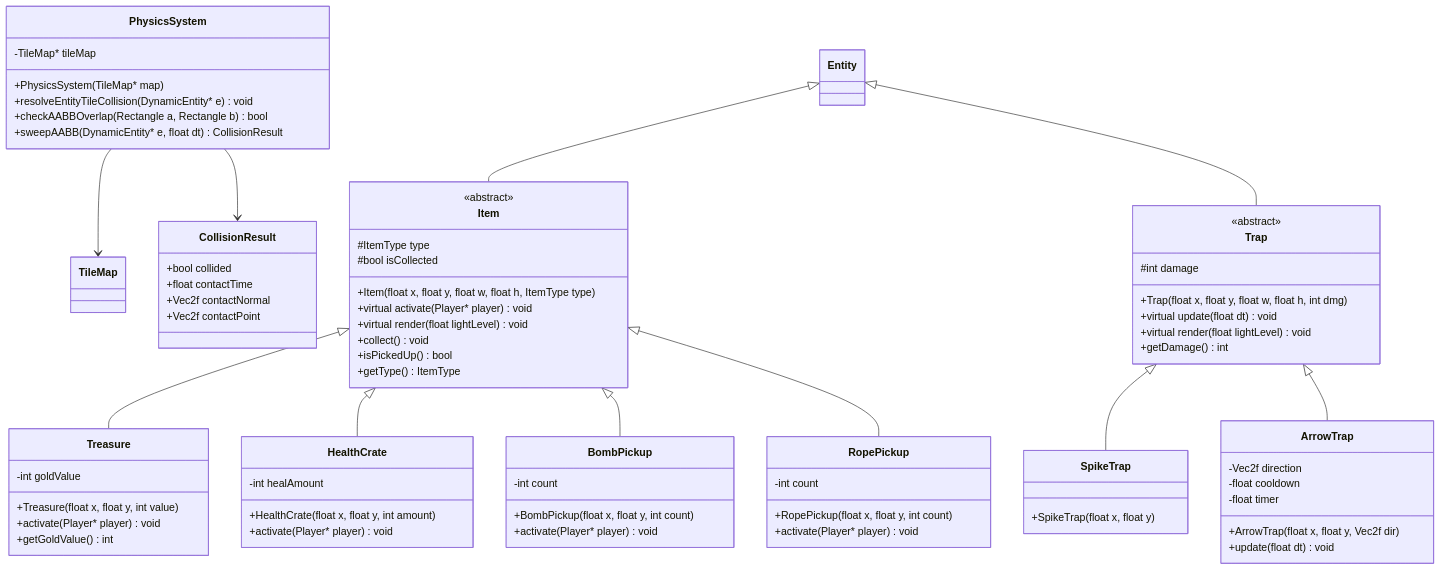
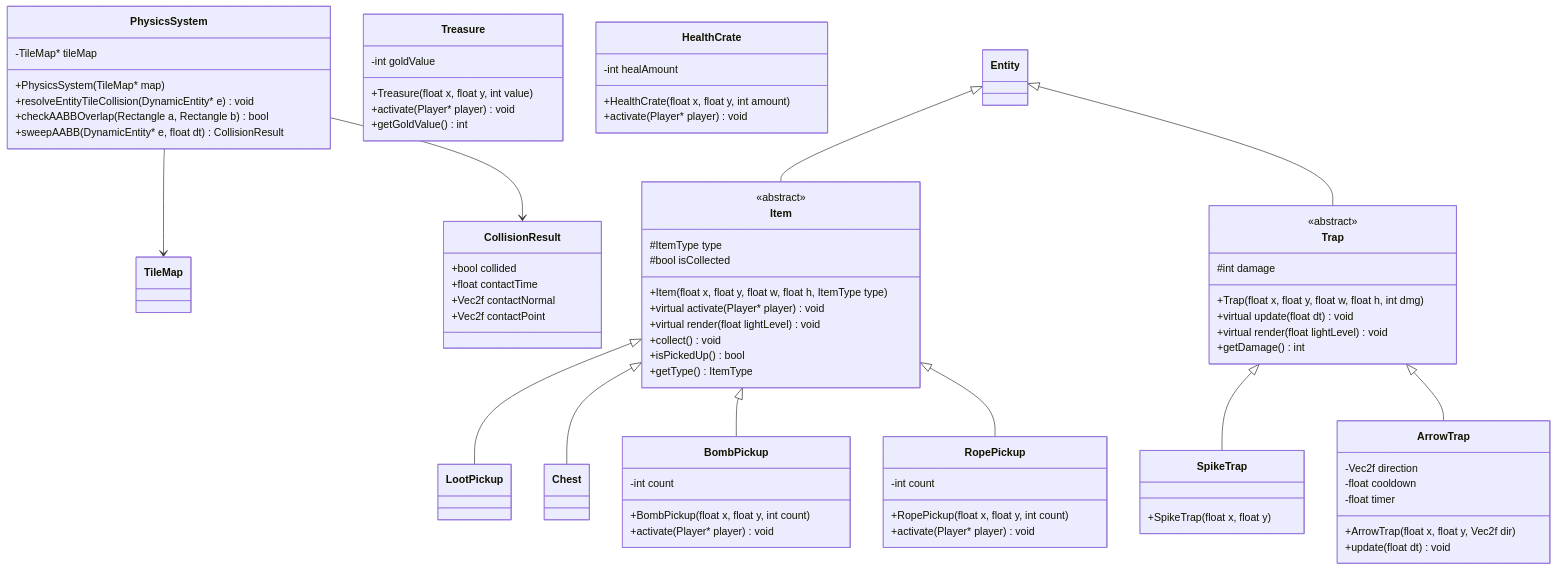
Before and after one commit to Gasmask-Chan/CS202-Cavern-Descent: the seventh of 8 diagrams in project_plan.md, drawn with Mermaid. The commit also changed other lines of this file and 9 other files, not shown here.

Commit message:
feat: add chest item with physics-based loot bursting, auto-pickup grounding, and update plan

```diff
--- a/project_plan.md
+++ b/project_plan.md
@@ -1187,8 +1187,8 @@
     }
 
     Entity <|-- Item
-    Item <|-- Treasure
-    Item <|-- HealthCrate
+    Item <|-- LootPickup
+    Item <|-- Chest
     Item <|-- BombPickup
     Item <|-- RopePickup
     Entity <|-- Trap
```
